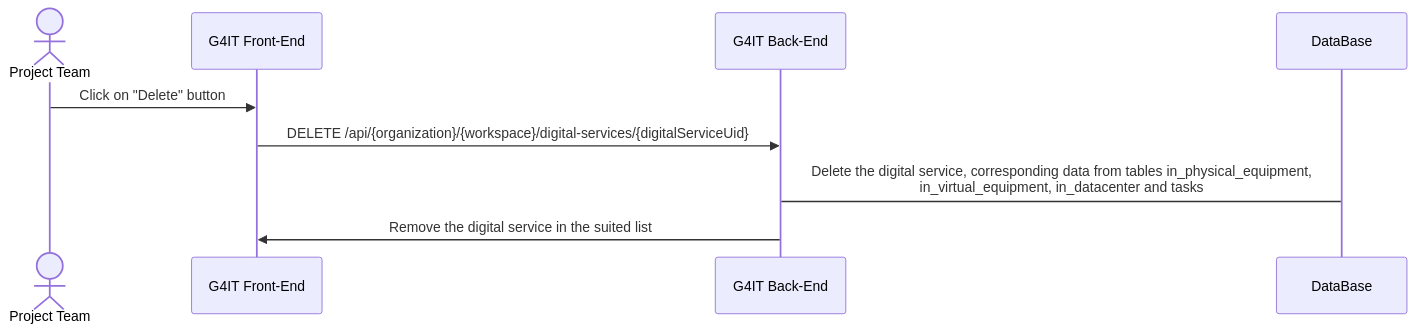
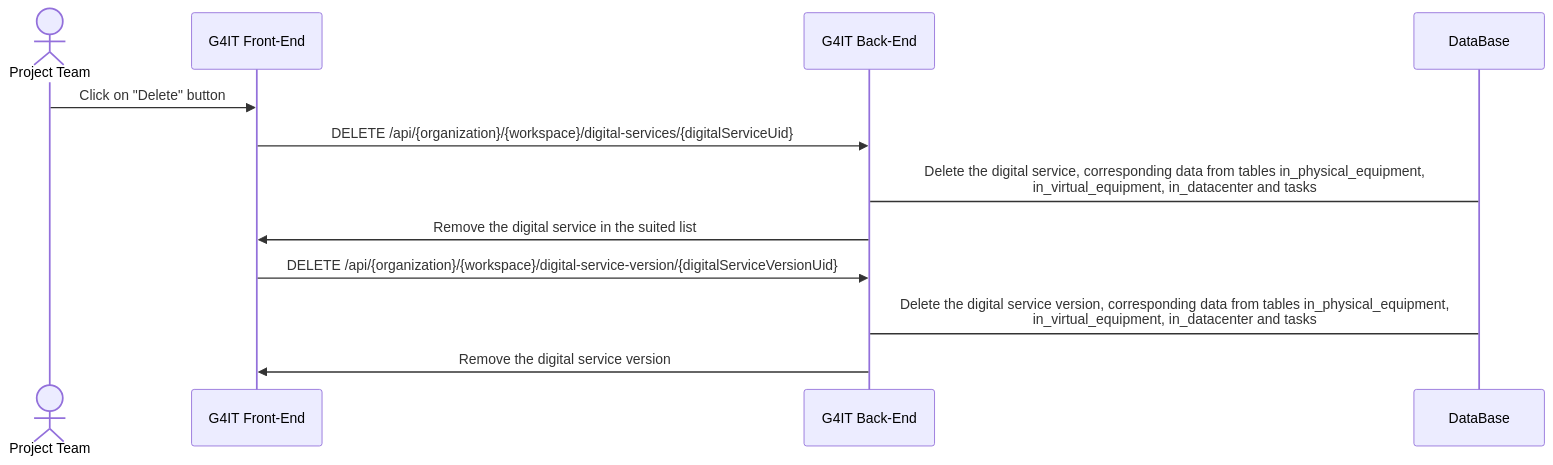
One commit to teamg4it/g4it changed the second of 2 diagrams in services/documentation/content/2-functional-documentation/use_cases/uc_digital_services/uc7_delete_digital_service.md. Above: the diagram before and after it, drawn with Mermaid. The commit also changed other lines of this file and 6 other files, not shown here.

```diff
--- a/services/documentation/content/2-functional-documentation/use_cases/uc_digital_services/uc7_delete_digital_service.md
+++ b/services/documentation/content/2-functional-documentation/use_cases/uc_digital_services/uc7_delete_digital_service.md
@@ -55,12 +83,15 @@
 {{< mermaid >}}
 sequenceDiagram
 actor RND as Project Team
 participant front as G4IT Front-End
 participant back as G4IT Back-End
 participant DataBase
 
 RND ->> front: Click on "Delete" button
 front ->> back: DELETE /api/{organization}/{workspace}/digital-services/{digitalServiceUid}
 back -> DataBase: Delete the digital service, corresponding data from tables in_physical_equipment,<br> in_virtual_equipment, in_datacenter and tasks
 back ->> front: Remove the digital service in the suited list
+front ->> back: DELETE /api/{organization}/{workspace}/digital-service-version/{digitalServiceVersionUid}
+back -> DataBase: Delete the digital service version, corresponding data from tables in_physical_equipment,<br> in_virtual_equipment, in_datacenter and tasks
+back ->> front: Remove the digital service version 
 {{</ mermaid >}}
```
